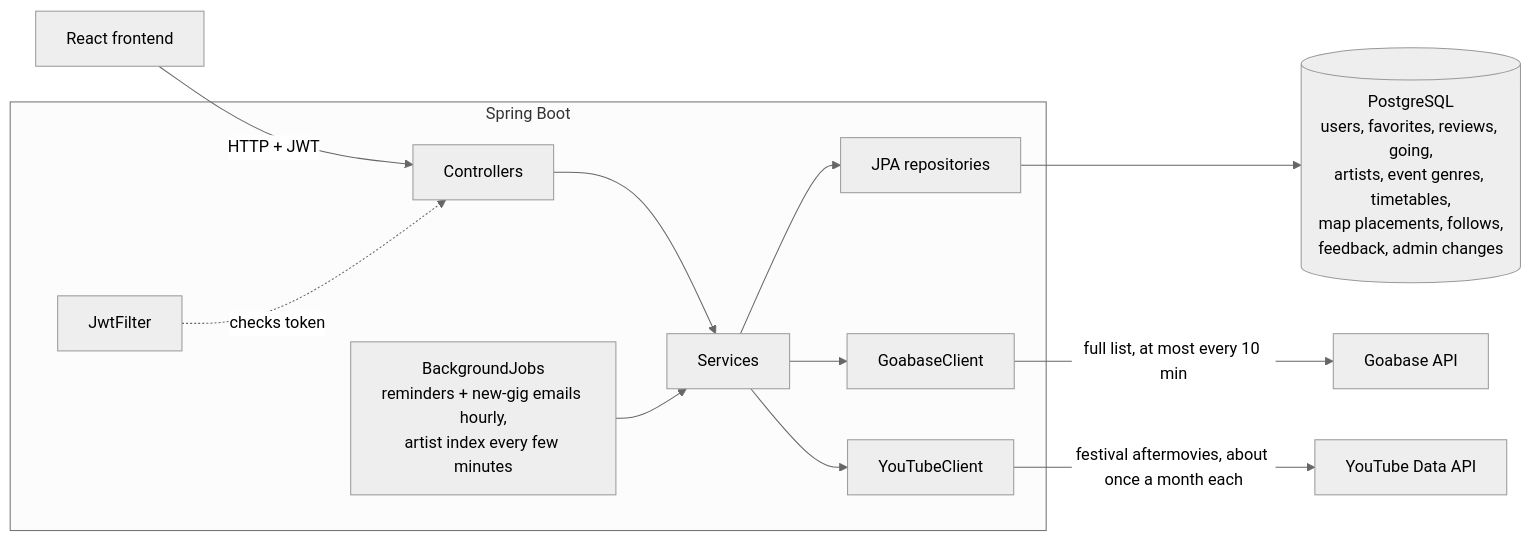
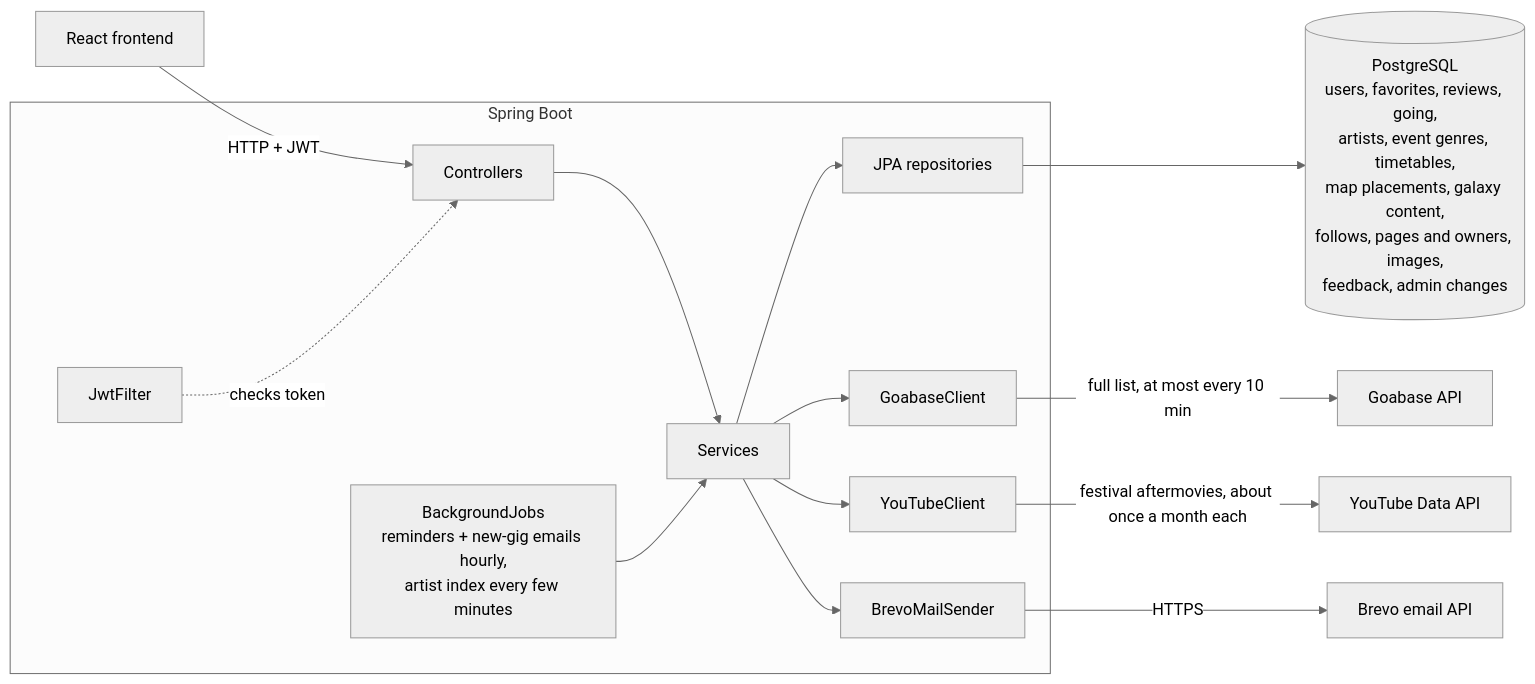
One commit to Peconjii/psytrance-tracker-backend changed the diagram in README.md. Above: the diagram before and after it, drawn with Mermaid (neutral theme). The commit also changed other lines of this file, not shown here.

Commit message:
README: what is new (Admin -> Galaxy and verified data, quiz before the drop, suggest a track or an artist, Sign in with Google, Brevo email, phones)

````diff
--- a/README.md
+++ b/README.md
@@ -34,17 +36,19 @@
 ```mermaid
 flowchart LR
     UI[React frontend] -->|HTTP + JWT| C
 
     subgraph Spring Boot
         C[Controllers] --> S[Services]
         S --> R[JPA repositories]
         S --> G[GoabaseClient]
         S --> Y[YouTubeClient]
+        S --> B[BrevoMailSender]
         F[JwtFilter] -.checks token.-> C
         J[BackgroundJobs<br/>reminders + new-gig emails hourly,<br/>artist index every few minutes] --> S
     end
 
-    R --> DB[(PostgreSQL<br/>users, favorites, reviews, going,<br/>artists, event genres, timetables,<br/>map placements, follows,<br/>feedback, admin changes)]
+    R --> DB[(PostgreSQL<br/>users, favorites, reviews, going,<br/>artists, event genres, timetables,<br/>map placements, galaxy content,<br/>follows, pages and owners, images,<br/>feedback, admin changes)]
     G -->|full list, at most every 10 min| GA[Goabase API]
     Y -->|festival aftermovies, about once a month each| YT[YouTube Data API]
+    B -->|HTTPS| BR[Brevo email API]
 ```
````
